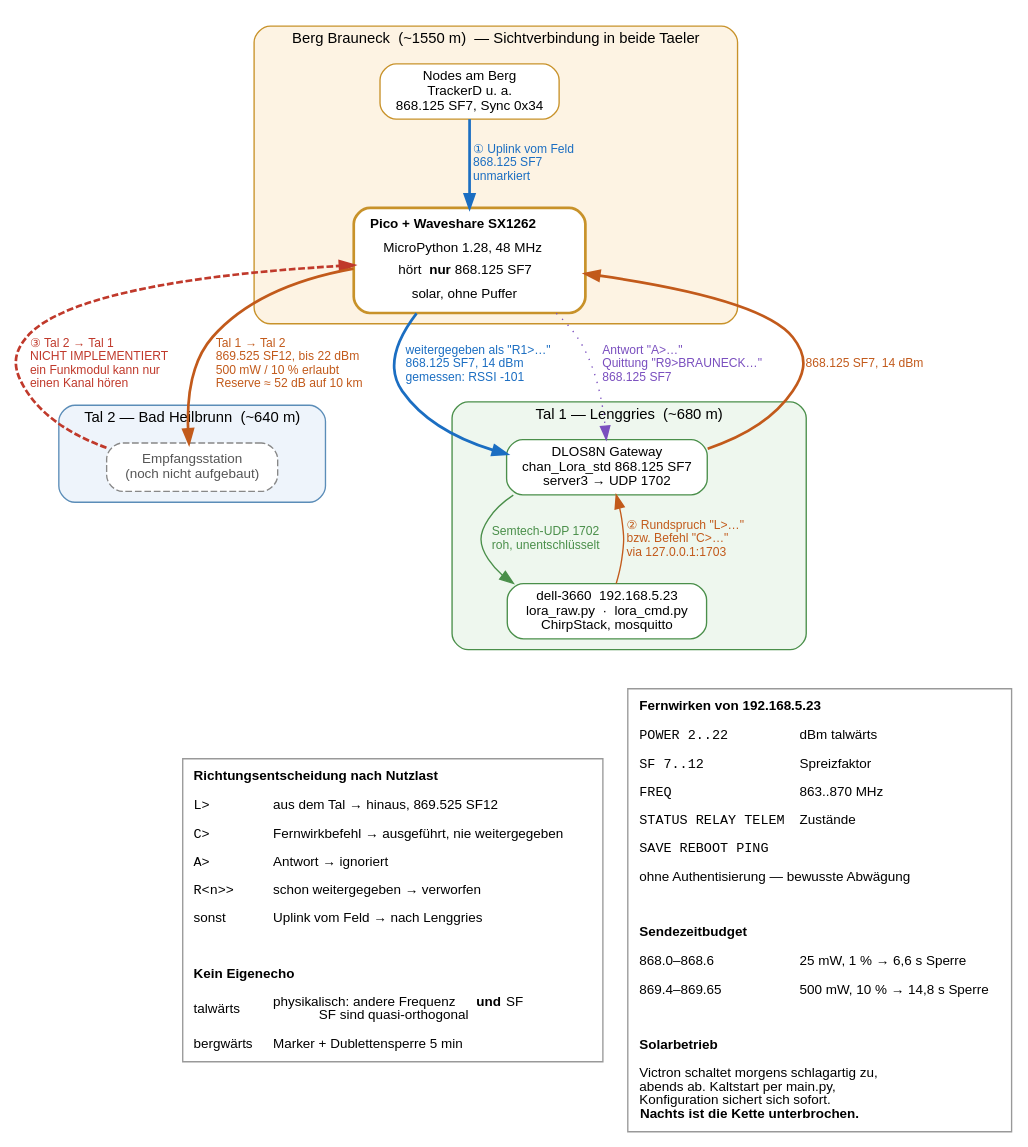
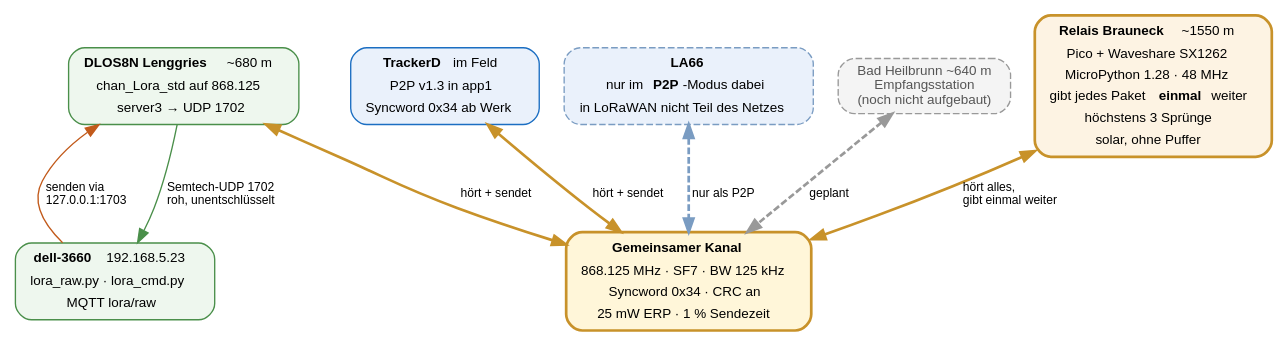
Before and after one commit to gerontec/TTN: the diagram in devices/pico_sx1262/relais_uebersicht.dot, drawn with Graphviz. The commit also changed 6 other files, not shown here.

```diff
--- a/devices/pico_sx1262/relais_uebersicht.dot
+++ b/devices/pico_sx1262/relais_uebersicht.dot
@@ -1,121 +1,81 @@
-/* Relaisstelle Brauneck -- Uebersicht der Betriebsarten
+/* Krisennetz Lenggries -- ein gemeinsamer Kanal, jeder hoert jeden
  * Rendern:  dot -Tpdf relais_uebersicht.dot -o relais_uebersicht.pdf
  */
-digraph relais {
+digraph netz {
     rankdir=TB;
     bgcolor="white";
-    compound=true;
     fontname="Helvetica";
     node [fontname="Helvetica", fontsize=10];
     edge [fontname="Helvetica", fontsize=9];
     graph [fontname="Helvetica", fontsize=11];
 
-    /* ---------------- Tal 2 ---------------- */
-    subgraph cluster_tal2 {
-        label="Tal 2 — Bad Heilbrunn  (~640 m)";
-        style="rounded,filled"; fillcolor="#eef4fb"; color="#5b8db8";
-        bh [label="Empfangsstation\n(noch nicht aufgebaut)",
-            shape=box, style="rounded,filled,dashed", fillcolor="#ffffff",
-            color="#888888", fontcolor="#555555"];
-    }
+    /* ---- der gemeinsame Aether ---- */
+    kanal [label=<<TABLE BORDER="0" CELLBORDER="0" CELLSPACING="1">
+           <TR><TD><B>Gemeinsamer Kanal</B></TD></TR>
+           <TR><TD>868.125 MHz &#183; SF7 &#183; BW 125 kHz</TD></TR>
+           <TR><TD>Syncword 0x34 &#183; CRC an</TD></TR>
+           <TR><TD>25 mW ERP &#183; 1 % Sendezeit</TD></TR>
+           </TABLE>>,
+           shape=box, style="filled,rounded", fillcolor="#fff6d9",
+           color="#c8922a", penwidth=2];
 
-    /* ---------------- Berg ---------------- */
-    subgraph cluster_berg {
-        label="Berg Brauneck  (~1550 m)  — Sichtverbindung in beide Taeler";
-        style="rounded,filled"; fillcolor="#fdf3e3"; color="#c8922a";
+    /* ---- Stationen ---- */
+    pico [label=<<TABLE BORDER="0" CELLBORDER="0" CELLSPACING="1">
+          <TR><TD><B>Relais Brauneck</B> ~1550 m</TD></TR>
+          <TR><TD>Pico + Waveshare SX1262</TD></TR>
+          <TR><TD>MicroPython 1.28 &#183; 48 MHz</TD></TR>
+          <TR><TD>gibt jedes Paket <B>einmal</B> weiter</TD></TR>
+          <TR><TD>h&#246;chstens 3 Spr&#252;nge</TD></TR>
+          <TR><TD>solar, ohne Puffer</TD></TR>
+          </TABLE>>,
+          shape=box, style="filled,rounded", fillcolor="#fdf3e3",
+          color="#c8922a", penwidth=2];
 
-        pico [label=<<TABLE BORDER="0" CELLBORDER="0" CELLSPACING="2">
-              <TR><TD><B>Pico + Waveshare SX1262</B></TD></TR>
-              <TR><TD>MicroPython 1.28, 48 MHz</TD></TR>
-              <TR><TD>h&#246;rt <B>nur</B> 868.125 SF7</TD></TR>
-              <TR><TD>solar, ohne Puffer</TD></TR>
+    gw [label=<<TABLE BORDER="0" CELLBORDER="0" CELLSPACING="1">
+        <TR><TD><B>DLOS8N Lenggries</B> ~680 m</TD></TR>
+        <TR><TD>chan_Lora_std auf 868.125</TD></TR>
+        <TR><TD>server3 &#8594; UDP 1702</TD></TR>
+        </TABLE>>,
+        shape=box, style="filled,rounded", fillcolor="#eef7ee", color="#4a8f4a"];
+
+    dell [label=<<TABLE BORDER="0" CELLBORDER="0" CELLSPACING="1">
+          <TR><TD><B>dell-3660</B> 192.168.5.23</TD></TR>
+          <TR><TD>lora_raw.py &#183; lora_cmd.py</TD></TR>
+          <TR><TD>MQTT lora/raw</TD></TR>
+          </TABLE>>,
+          shape=box, style="filled,rounded", fillcolor="#eef7ee", color="#4a8f4a"];
+
+    trackerd [label=<<TABLE BORDER="0" CELLBORDER="0" CELLSPACING="1">
+              <TR><TD><B>TrackerD</B> im Feld</TD></TR>
+              <TR><TD>P2P v1.3 in app1</TD></TR>
+              <TR><TD>Syncword 0x34 ab Werk</TD></TR>
               </TABLE>>,
-              shape=box, style="rounded,filled", fillcolor="#ffffff",
-              color="#c8922a", penwidth=2];
+              shape=box, style="filled,rounded", fillcolor="#eaf1fb", color="#1b6ec2"];
 
-        nodes [label="Nodes am Berg\nTrackerD u. a.\n868.125 SF7, Sync 0x34",
-               shape=box, style="rounded,filled", fillcolor="#ffffff",
-               color="#c8922a"];
-    }
+    la66 [label=<<TABLE BORDER="0" CELLBORDER="0" CELLSPACING="1">
+          <TR><TD><B>LA66</B></TD></TR>
+          <TR><TD>nur im <B>P2P</B>-Modus dabei</TD></TR>
+          <TR><TD>in LoRaWAN nicht Teil des Netzes</TD></TR>
+          </TABLE>>,
+          shape=box, style="filled,rounded,dashed", fillcolor="#eaf1fb",
+          color="#7a9cc2"];
 
-    /* ---------------- Tal 1 ---------------- */
-    subgraph cluster_tal1 {
-        label="Tal 1 — Lenggries  (~680 m)";
-        style="rounded,filled"; fillcolor="#eef7ee"; color="#4a8f4a";
+    bh [label="Bad Heilbrunn ~640 m\nEmpfangsstation\n(noch nicht aufgebaut)",
+        shape=box, style="filled,rounded,dashed", fillcolor="#f4f4f4",
+        color="#999999", fontcolor="#555555"];
 
-        gw [label="DLOS8N Gateway\nchan_Lora_std 868.125 SF7\nserver3 → UDP 1702",
-            shape=box, style="rounded,filled", fillcolor="#ffffff", color="#4a8f4a"];
-        dell [label="dell-3660  192.168.5.23\nlora_raw.py  ·  lora_cmd.py\nChirpStack, mosquitto",
-              shape=box, style="rounded,filled", fillcolor="#ffffff", color="#4a8f4a"];
-    }
+    /* ---- alle haengen am selben Kanal ---- */
+    edge [dir=both, color="#c8922a", penwidth=2];
+    pico     -> kanal [label="  h&#246;rt alles,\l  gibt einmal weiter\l"];
+    gw       -> kanal [label="  h&#246;rt + sendet\l"];
+    trackerd -> kanal [label="  h&#246;rt + sendet\l"];
+    la66     -> kanal [label="  nur als P2P\l", style=dashed, color="#7a9cc2"];
+    bh       -> kanal [label="  geplant\l", style=dashed, color="#999999"];
 
-    /* ---------------- Betriebsart 1 ---------------- */
-    nodes -> pico [label="  ① Uplink vom Feld\l  868.125 SF7\l  unmarkiert\l",
-                   color="#1b6ec2", fontcolor="#1b6ec2", penwidth=2];
-    pico -> gw [label="  weitergegeben als \"R1>…\"\l  868.125 SF7, 14 dBm\l  gemessen: RSSI -101\l",
-                color="#1b6ec2", fontcolor="#1b6ec2", penwidth=2];
-    gw -> dell [label="  Semtech-UDP 1702\l  roh, unentschlüsselt\l",
-                color="#4a8f4a", fontcolor="#4a8f4a"];
+    edge [dir=forward, color="#4a8f4a", penwidth=1, style=solid];
+    gw -> dell [label="  Semtech-UDP 1702\l  roh, unentschl&#252;sselt\l"];
+    dell -> gw [label="  senden via\l  127.0.0.1:1703\l", color="#c25a1b"];
 
-    /* ---------------- Betriebsart 2 ---------------- */
-    dell -> gw [label="  ② Rundspruch \"L>…\"\l  bzw. Befehl \"C>…\"\l  via 127.0.0.1:1703\l",
-                color="#c25a1b", fontcolor="#c25a1b"];
-    gw -> pico [label="  868.125 SF7, 14 dBm\l",
-                color="#c25a1b", fontcolor="#c25a1b", penwidth=2];
-    pico -> bh [label="  Tal 1 → Tal 2\l  869.525 SF12, bis 22 dBm\l  500 mW / 10 % erlaubt\l  Reserve ≈ 52 dB auf 10 km\l",
-                color="#c25a1b", fontcolor="#c25a1b", penwidth=2];
-
-    /* ---------------- fehlende Gegenrichtung ---------------- */
-    bh -> pico [label="  ③ Tal 2 → Tal 1\l  NICHT IMPLEMENTIERT\l  ein Funkmodul kann nur\l  einen Kanal hören\l",
-                style=dashed, color="#c0392b", fontcolor="#c0392b", penwidth=2,
-                constraint=false];
-
-    /* ---------------- Antwortweg Fernwirken ---------------- */
-    pico -> gw [label="  Antwort \"A>…\"\l  Quittung \"R9>BRAUNECK…\"\l  868.125 SF7\l",
-                style=dotted, color="#7a4fbf", fontcolor="#7a4fbf"];
-
-    /* ---------------- Erlaeuterungen ---------------- */
-    regeln [shape=none, margin=0, label=<
-      <TABLE BORDER="1" CELLBORDER="0" CELLSPACING="4" CELLPADDING="3" COLOR="#999999">
-      <TR><TD COLSPAN="2" ALIGN="LEFT"><B>Richtungsentscheidung nach Nutzlast</B></TD></TR>
-      <TR><TD ALIGN="LEFT"><FONT FACE="Courier">L&gt;</FONT></TD>
-          <TD ALIGN="LEFT">aus dem Tal &#8594; hinaus, 869.525 SF12</TD></TR>
-      <TR><TD ALIGN="LEFT"><FONT FACE="Courier">C&gt;</FONT></TD>
-          <TD ALIGN="LEFT">Fernwirkbefehl &#8594; ausgef&#252;hrt, nie weitergegeben</TD></TR>
-      <TR><TD ALIGN="LEFT"><FONT FACE="Courier">A&gt;</FONT></TD>
-          <TD ALIGN="LEFT">Antwort &#8594; ignoriert</TD></TR>
-      <TR><TD ALIGN="LEFT"><FONT FACE="Courier">R&lt;n&gt;&gt;</FONT></TD>
-          <TD ALIGN="LEFT">schon weitergegeben &#8594; verworfen</TD></TR>
-      <TR><TD ALIGN="LEFT">sonst</TD>
-          <TD ALIGN="LEFT">Uplink vom Feld &#8594; nach Lenggries</TD></TR>
-      <TR><TD COLSPAN="2" ALIGN="LEFT"> </TD></TR>
-      <TR><TD COLSPAN="2" ALIGN="LEFT"><B>Kein Eigenecho</B></TD></TR>
-      <TR><TD ALIGN="LEFT">talw&#228;rts</TD>
-          <TD ALIGN="LEFT">physikalisch: andere Frequenz <B>und</B> SF<BR ALIGN="LEFT"/>SF sind quasi-orthogonal</TD></TR>
-      <TR><TD ALIGN="LEFT">bergw&#228;rts</TD>
-          <TD ALIGN="LEFT">Marker + Dublettensperre 5 min</TD></TR>
-      </TABLE>>];
-
-    technik [shape=none, margin=0, label=<
-      <TABLE BORDER="1" CELLBORDER="0" CELLSPACING="4" CELLPADDING="3" COLOR="#999999">
-      <TR><TD COLSPAN="2" ALIGN="LEFT"><B>Fernwirken von 192.168.5.23</B></TD></TR>
-      <TR><TD ALIGN="LEFT"><FONT FACE="Courier">POWER 2..22</FONT></TD><TD ALIGN="LEFT">dBm talw&#228;rts</TD></TR>
-      <TR><TD ALIGN="LEFT"><FONT FACE="Courier">SF 7..12</FONT></TD><TD ALIGN="LEFT">Spreizfaktor</TD></TR>
-      <TR><TD ALIGN="LEFT"><FONT FACE="Courier">FREQ</FONT></TD><TD ALIGN="LEFT">863..870 MHz</TD></TR>
-      <TR><TD ALIGN="LEFT"><FONT FACE="Courier">STATUS RELAY TELEM</FONT></TD><TD ALIGN="LEFT">Zust&#228;nde</TD></TR>
-      <TR><TD ALIGN="LEFT"><FONT FACE="Courier">SAVE REBOOT PING</FONT></TD><TD ALIGN="LEFT"></TD></TR>
-      <TR><TD COLSPAN="2" ALIGN="LEFT">ohne Authentisierung &#8212; bewusste Abw&#228;gung</TD></TR>
-      <TR><TD COLSPAN="2" ALIGN="LEFT"> </TD></TR>
-      <TR><TD COLSPAN="2" ALIGN="LEFT"><B>Sendezeitbudget</B></TD></TR>
-      <TR><TD ALIGN="LEFT">868.0&#8211;868.6</TD><TD ALIGN="LEFT">25 mW, 1 % &#8594; 6,6 s Sperre</TD></TR>
-      <TR><TD ALIGN="LEFT">869.4&#8211;869.65</TD><TD ALIGN="LEFT">500 mW, 10 % &#8594; 14,8 s Sperre</TD></TR>
-      <TR><TD COLSPAN="2" ALIGN="LEFT"> </TD></TR>
-      <TR><TD COLSPAN="2" ALIGN="LEFT"><B>Solarbetrieb</B></TD></TR>
-      <TR><TD COLSPAN="2" ALIGN="LEFT">Victron schaltet morgens schlagartig zu,<BR ALIGN="LEFT"/>abends ab. Kaltstart per main.py,<BR ALIGN="LEFT"/>Konfiguration sichert sich sofort.<BR ALIGN="LEFT"/><B>Nachts ist die Kette unterbrochen.</B></TD></TR>
-      </TABLE>>];
-
-    /* Legenden unten nebeneinander, ohne den Berg-Cluster aufzubrechen */
-    { rank=same; regeln; technik; }
-    dell -> regeln [style=invis];
-    dell -> technik [style=invis];
+    { rank=same; pico; trackerd; }
+    { rank=same; gw; la66; }
 }
```
